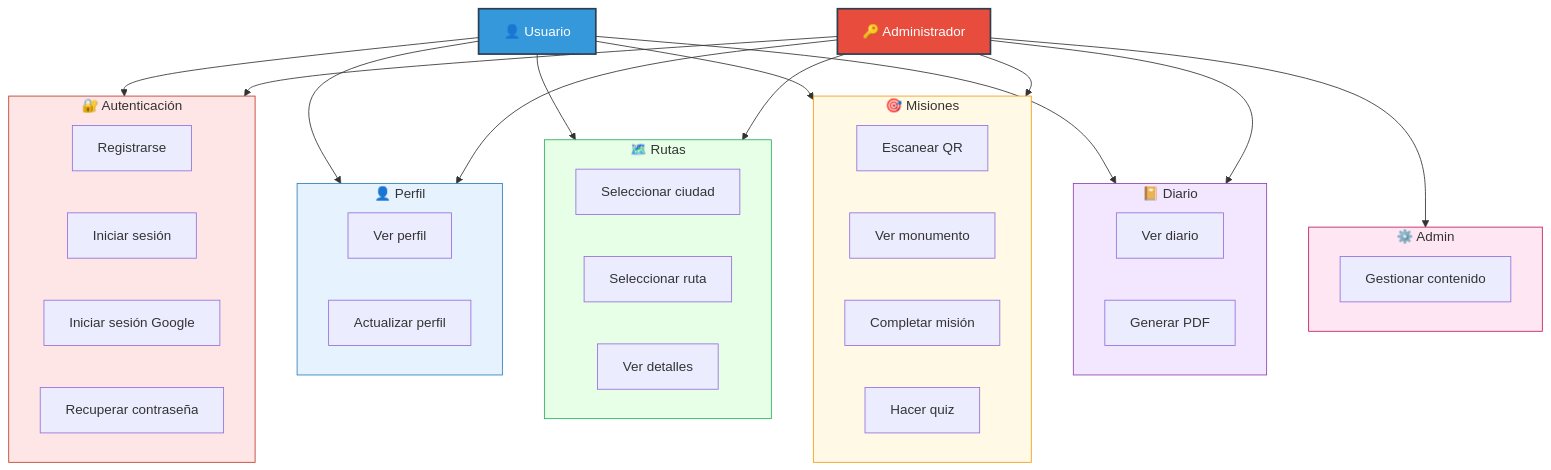
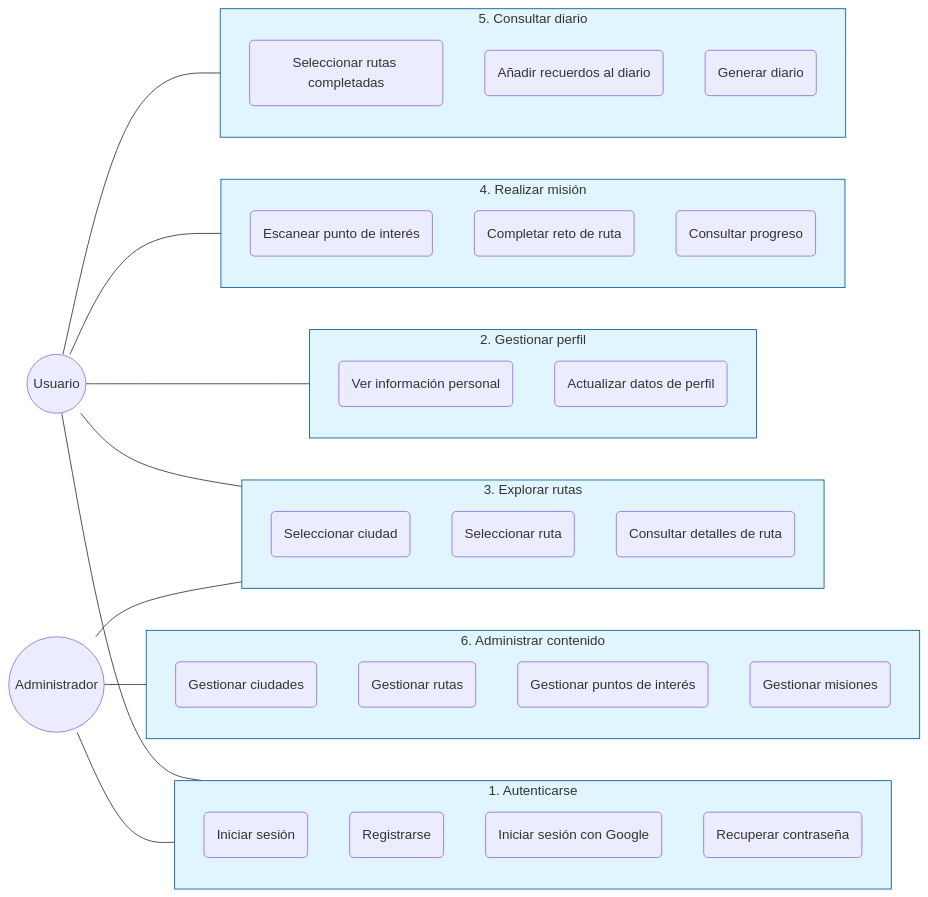
Before and after one commit to TurisTechTeam-Dev/rutexgo-assets: the fourth of 4 diagrams in diagrama secuencia.md, drawn with Mermaid.

Commit message:
Update diagrama secuencia.md

````diff
--- a/diagrama secuencia.md
+++ b/diagrama secuencia.md
@@ -236,61 +236,70 @@
 ```mermaid
-graph TB
-    A1["👤 Usuario"]
-    A2["🔑 Administrador"]
-    
-    subgraph AUTH["🔐 Autenticación"]
-        UC1["Registrarse"]
-        UC2["Iniciar sesión"]
-        UC3["Iniciar sesión Google"]
-        UC4["Recuperar contraseña"]
+graph LR
+    %% Definición de Actores
+    Usuario((Usuario))
+    Admin((Administrador))
+
+    %% Definición de Secciones (Subgraphs para agrupar)
+    subgraph UC1 [1. Autenticarse]
+        direction TB
+        A1(Iniciar sesión)
+        A2(Registrarse)
+        A3(Iniciar sesión con Google)
+        A4(Recuperar contraseña)
     end
-    
-    subgraph PROF["👤 Perfil"]
-        UC5["Ver perfil"]
-        UC6["Actualizar perfil"]
+
+    subgraph UC2 [2. Gestionar perfil]
+        direction TB
+        B1(Ver información personal)
+        B2(Actualizar datos de perfil)
     end
-    
-    subgraph ROUT["🗺️ Rutas"]
-        UC7["Seleccionar ciudad"]
-        UC8["Seleccionar ruta"]
-        UC9["Ver detalles"]
+
+    subgraph UC3 [3. Explorar rutas]
+        direction TB
+        C1(Seleccionar ciudad)
+        C2(Seleccionar ruta)
+        C3(Consultar detalles de ruta)
     end
-    
-    subgraph MIS["🎯 Misiones"]
-        UC10["Escanear QR"]
-        UC11["Ver monumento"]
-        UC12["Completar misión"]
-        UC13["Hacer quiz"]
+
+    subgraph UC4 [4. Realizar misión]
+        direction TB
+        D1(Escanear punto de interés)
+        D2(Completar reto de ruta)
+        D3(Consultar progreso)
     end
-    
-    subgraph DIA["📔 Diario"]
-        UC14["Ver diario"]
-        UC15["Generar PDF"]
+
+    subgraph UC5 [5. Consultar diario]
+        direction TB
+        E1(Seleccionar rutas completadas)
+        E2(Añadir recuerdos al diario)
+        E3(Generar diario)
     end
-    
-    subgraph ADM["⚙️ Admin"]
-        UC16["Gestionar contenido"]
+
+    subgraph UC6 [6. Administrar contenido]
+        direction TB
+        F1(Gestionar ciudades)
+        F2(Gestionar rutas)
+        F3(Gestionar puntos de interés)
+        F4(Gestionar misiones)
     end
-    
-    A1 --> AUTH
-    A1 --> PROF
-    A1 --> ROUT
-    A1 --> MIS
-    A1 --> DIA
-    
-    A2 --> AUTH
-    A2 --> PROF
-    A2 --> ROUT
-    A2 --> MIS
-    A2 --> DIA
-    A2 --> ADM
-    
-    style A1 fill:#3498db,stroke:#2c3e50,color:#fff,stroke-width:2px
-    style A2 fill:#e74c3c,stroke:#2c3e50,color:#fff,stroke-width:2px
-    style AUTH fill:#ffe6e6,stroke:#c0392b
-    style PROF fill:#e6f3ff,stroke:#2980b9
-    style ROUT fill:#e6ffe6,stroke:#27ae60
-    style MIS fill:#fff9e6,stroke:#f39c12
-    style DIA fill:#f3e6ff,stroke:#8e44ad
-    style ADM fill:#ffe6f3,stroke:#c2185b
+
+    %% Relaciones Usuario
+    Usuario --- UC1
+    Usuario --- UC2
+    Usuario --- UC3
+    Usuario --- UC4
+    Usuario --- UC5
+
+    %% Relaciones Administrador
+    Admin --- UC1
+    Admin --- UC3
+    Admin --- UC6
+
+    %% Estilos para que se vean más estéticos
+    style UC1 fill:#e1f5fe,stroke:#01579b
+    style UC2 fill:#e1f5fe,stroke:#01579b
+    style UC3 fill:#e1f5fe,stroke:#01579b
+    style UC4 fill:#e1f5fe,stroke:#01579b
+    style UC5 fill:#e1f5fe,stroke:#01579b
+    style UC6 fill:#e1f5fe,stroke:#01579b
 ```
````
